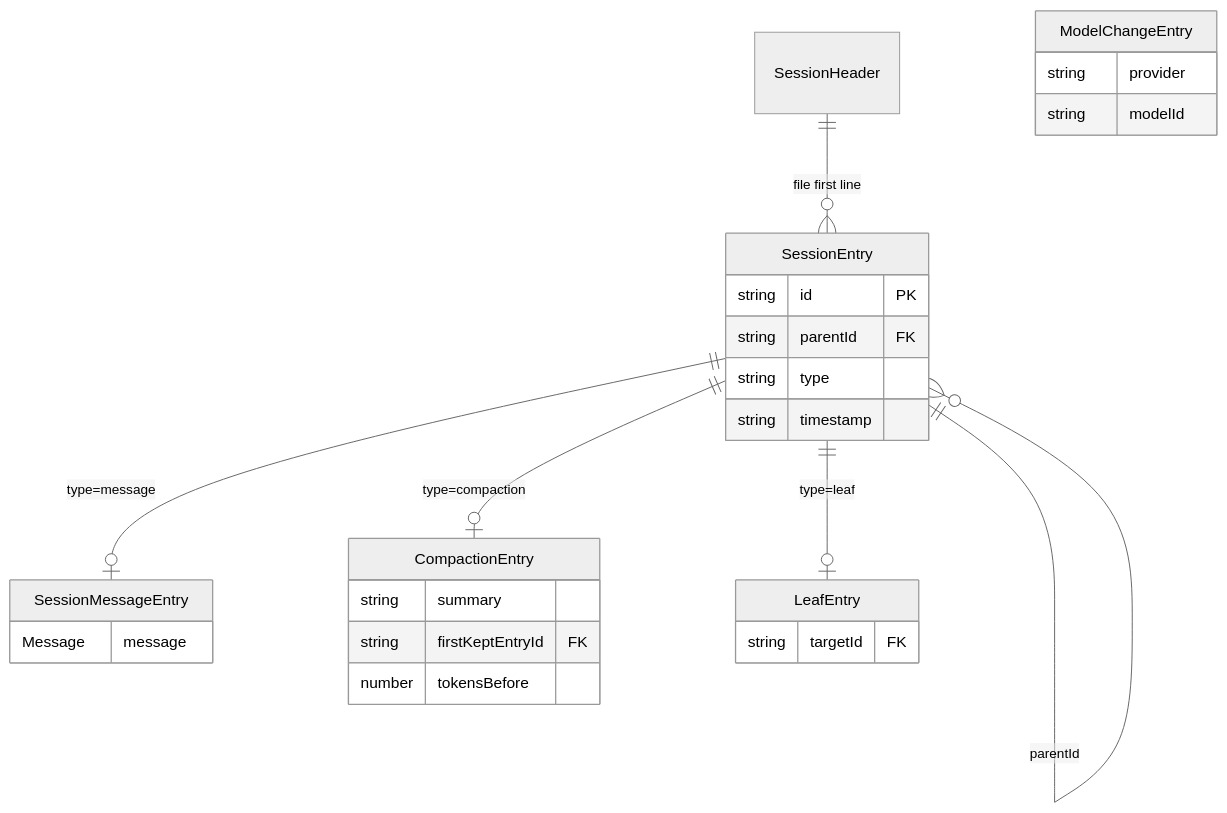
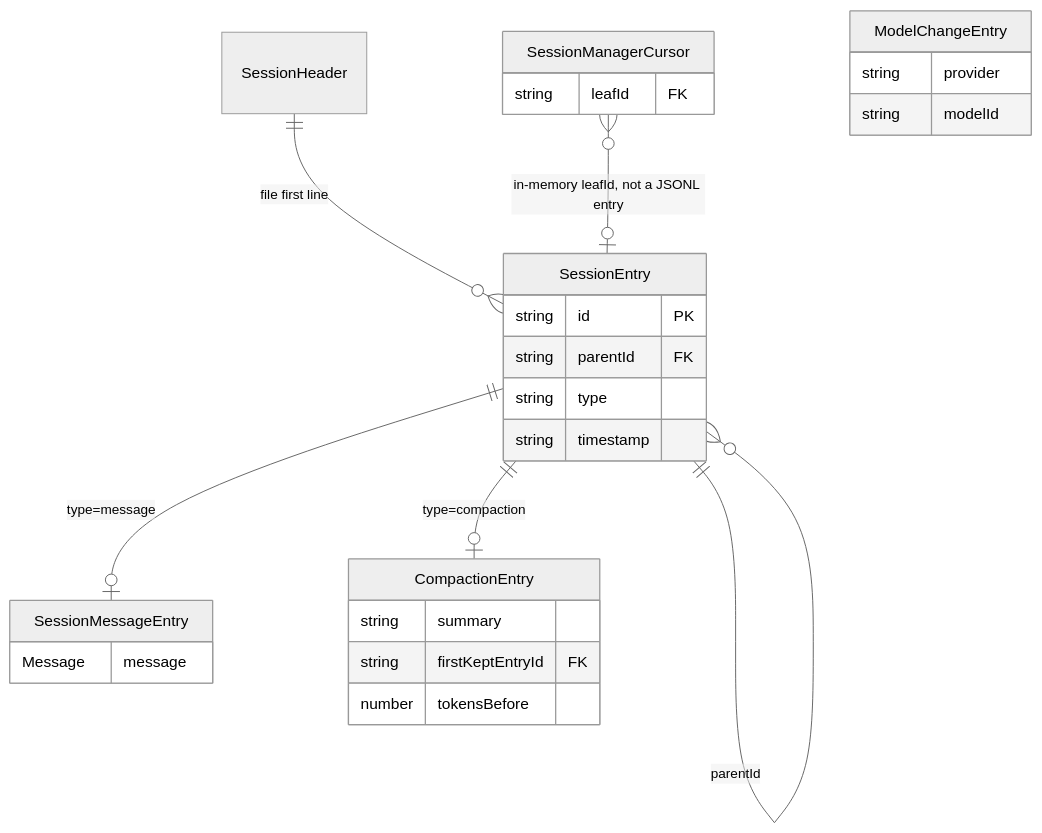
Before and after one commit to themass/agent-docs: the fourth of 19 diagrams in pi-agent/ARCHITECTURE.md, drawn with Mermaid (neutral theme). The commit also changed other lines of this file and 684 other files, not shown here.

````diff
--- a/pi-agent/ARCHITECTURE.md
+++ b/pi-agent/ARCHITECTURE.md
@@ -303,29 +308,29 @@
 ```mermaid
 erDiagram
     SessionHeader ||--o{ SessionEntry : "file first line"
     SessionEntry ||--o{ SessionEntry : "parentId"
     SessionEntry {
         string id PK
         string parentId FK
         string type
         string timestamp
     }
     SessionMessageEntry {
         Message message
     }
     CompactionEntry {
         string summary
         string firstKeptEntryId FK
         number tokensBefore
     }
-    LeafEntry {
-        string targetId FK
+    SessionManagerCursor {
+        string leafId FK
     }
     ModelChangeEntry {
         string provider
         string modelId
     }
     SessionEntry ||--o| SessionMessageEntry : "type=message"
     SessionEntry ||--o| CompactionEntry : "type=compaction"
-    SessionEntry ||--o| LeafEntry : "type=leaf"
+    SessionManagerCursor }o--o| SessionEntry : "in-memory leafId, not a JSONL entry"
 ```
````
